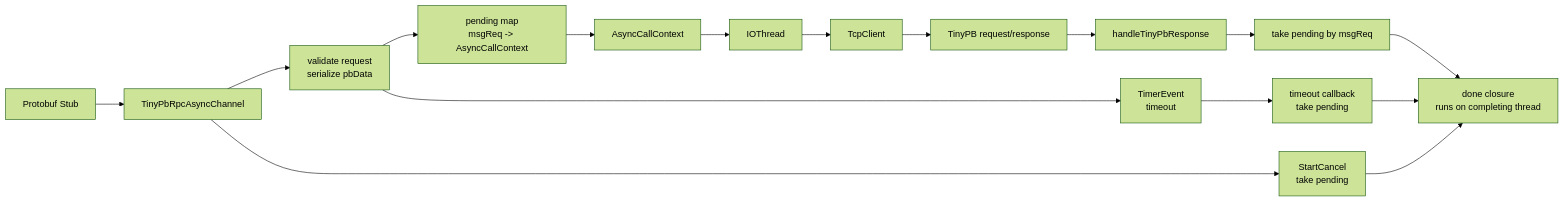
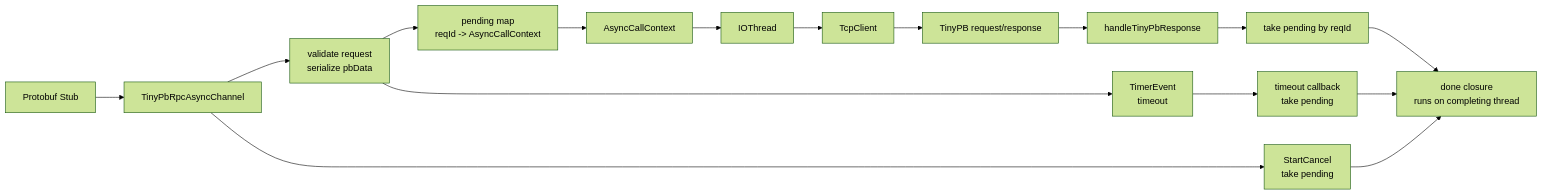
Before and after one commit to echo9923/rpc: the diagram in docs/stage-15.md, drawn with Mermaid (forest theme). The commit also changed other lines of this file and 98 other files, not shown here.

Commit message:
refactor(project): 统一命名规范并替换 msgReq 为 reqId

````diff
--- a/docs/stage-15.md
+++ b/docs/stage-15.md
@@ -64,18 +64,18 @@
 ```mermaid
 flowchart LR
     Stub["Protobuf Stub"] --> AsyncChannel["TinyPbRpcAsyncChannel"]
     AsyncChannel --> Validate["validate request<br/>serialize pbData"]
-    Validate --> Pending["pending map<br/>msgReq -> AsyncCallContext"]
+    Validate --> Pending["pending map<br/>reqId -> AsyncCallContext"]
     Validate --> Timer["TimerEvent<br/>timeout"]
     Timer --> Timeout["timeout callback<br/>take pending"]
     Pending --> Context["AsyncCallContext"]
     Context --> IOThread["IOThread"]
     IOThread --> TcpClient["TcpClient"]
     TcpClient --> TinyPB["TinyPB request/response"]
     TinyPB --> Handle["handleTinyPbResponse"]
-    Handle --> Match["take pending by msgReq"]
+    Handle --> Match["take pending by reqId"]
     Match --> Done["done closure<br/>runs on completing thread"]
     Timeout --> Done
     AsyncChannel --> Cancel["StartCancel<br/>take pending"]
     Cancel --> Done
 ```
````
